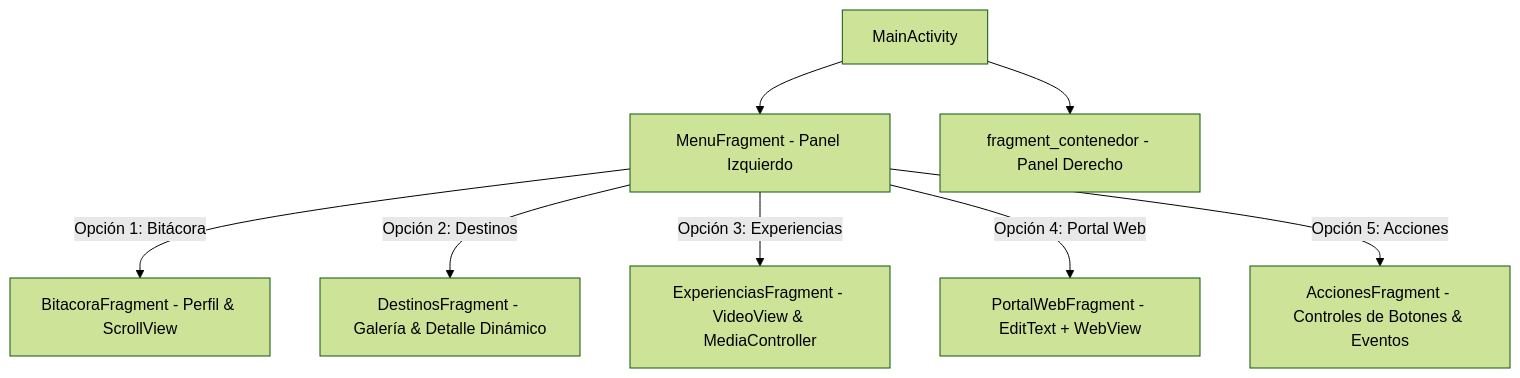
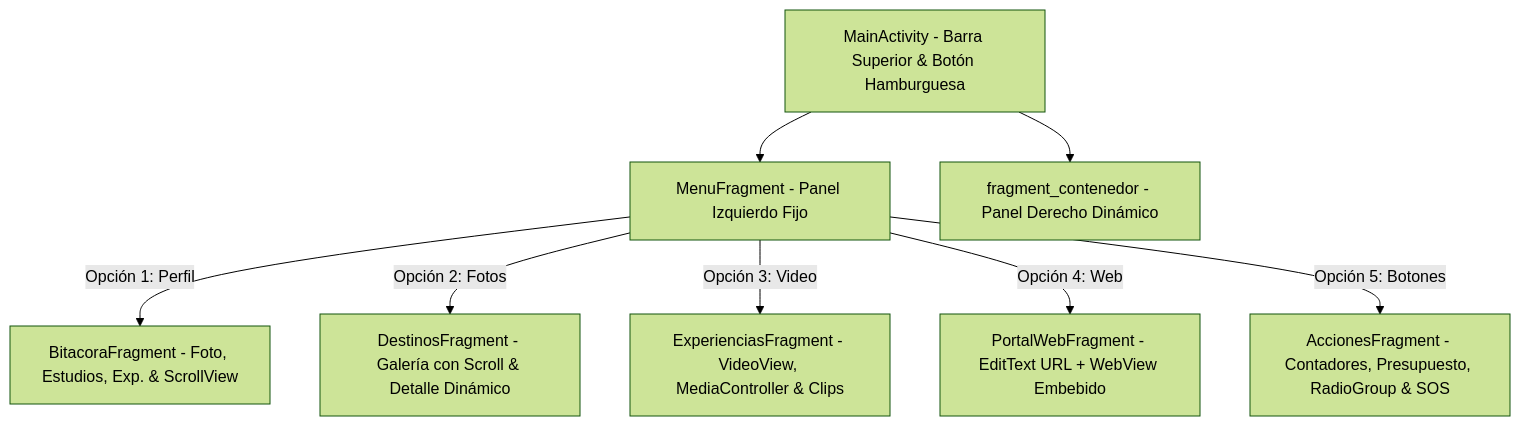
The diagram in README.md (MiguelAngel-Mendoza/NativeSquad), drawn with Mermaid (forest theme) before and after one commit. The commit also changed other lines of this file and 15 other files, not shown here.

Commit message:
feat(app): implementacion final Entrega 3 - modulo Perfil con scrollbars, drawables, documentacion y pantallazos

````diff
--- a/README.md
+++ b/README.md
@@ -30,10 +34,10 @@
 ```mermaid
 graph TD
-    A[MainActivity] --> B[MenuFragment - Panel Izquierdo]
-    A --> C[fragment_contenedor - Panel Derecho]
-    B -->|Opción 1: Bitácora| D[BitacoraFragment - Perfil & ScrollView]
-    B -->|Opción 2: Destinos| E[DestinosFragment - Galería & Detalle Dinámico]
-    B -->|Opción 3: Experiencias| F[ExperienciasFragment - VideoView & MediaController]
-    B -->|Opción 4: Portal Web| G[PortalWebFragment - EditText + WebView]
-    B -->|Opción 5: Acciones| H[AccionesFragment - Controles de Botones & Eventos]
+    A[MainActivity - Barra Superior & Botón Hamburguesa] --> B[MenuFragment - Panel Izquierdo Fijo]
+    A --> C[fragment_contenedor - Panel Derecho Dinámico]
+    B -->|Opción 1: Perfil| D[BitacoraFragment - Foto, Estudios, Exp. & ScrollView]
+    B -->|Opción 2: Fotos| E[DestinosFragment - Galería con Scroll & Detalle Dinámico]
+    B -->|Opción 3: Video| F[ExperienciasFragment - VideoView, MediaController & Clips]
+    B -->|Opción 4: Web| G[PortalWebFragment - EditText URL + WebView Embebido]
+    B -->|Opción 5: Botones| H[AccionesFragment - Contadores, Presupuesto, RadioGroup & SOS]
 ```
````
